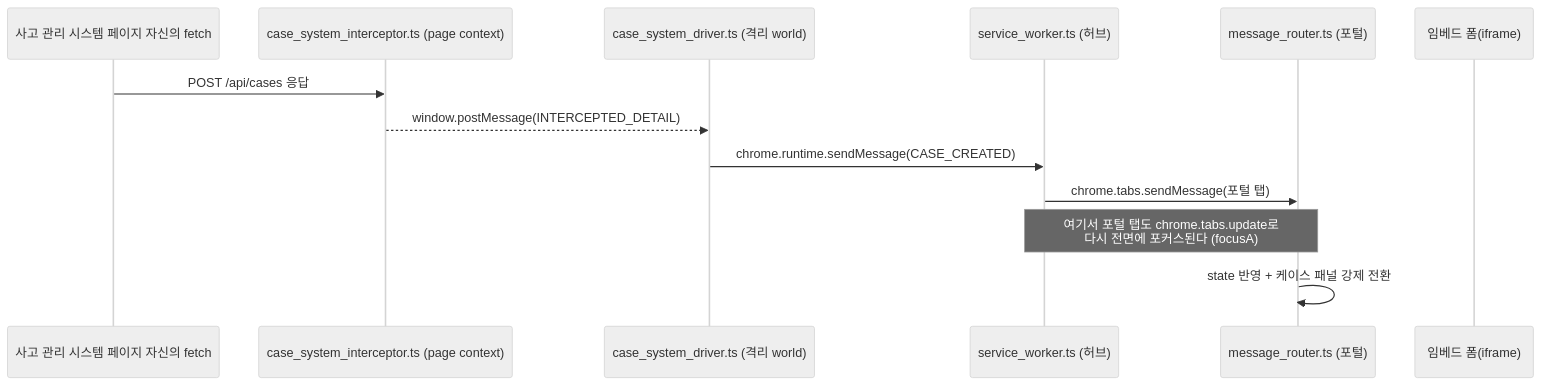
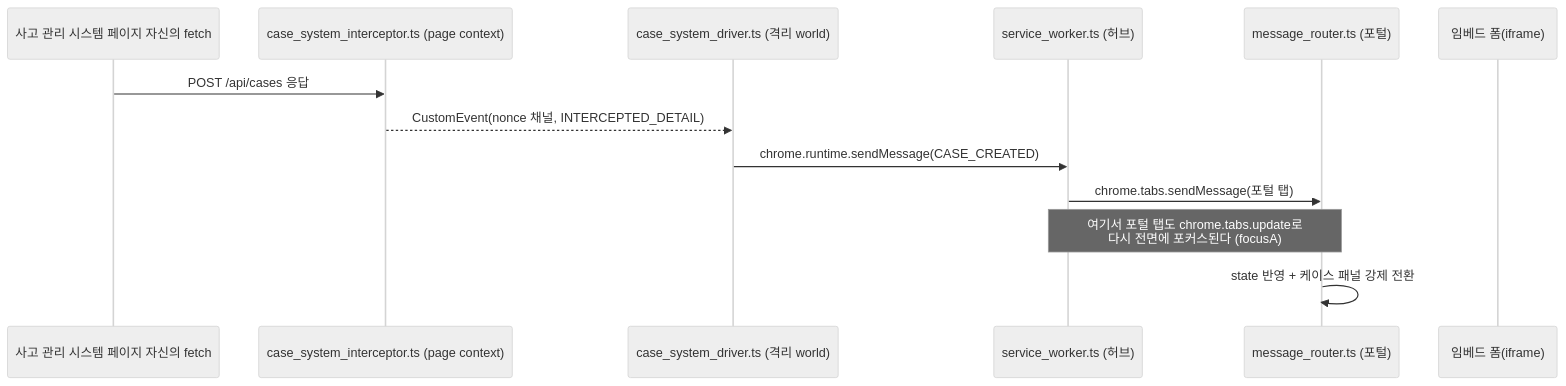
Before and after one commit to JY-maru/spog-sidebar: the first of 2 diagrams in docs/ARCHITECTURE.md, drawn with Mermaid (neutral theme). The commit also changed other lines of this file and 15 other files, not shown here.

````diff
--- a/docs/ARCHITECTURE.md
+++ b/docs/ARCHITECTURE.md
@@ -92,16 +93,16 @@
 ```mermaid
 sequenceDiagram
     participant Page as 사고 관리 시스템 페이지 자신의 fetch
     participant Inject as case_system_interceptor.ts (page context)
     participant Content as case_system_driver.ts (격리 world)
     participant BG as service_worker.ts (허브)
     participant Router as message_router.ts (포털)
     participant Iframe as 임베드 폼(iframe)
 
     Page->>Inject: POST /api/cases 응답
-    Inject-->>Content: window.postMessage(INTERCEPTED_DETAIL)
+    Inject-->>Content: CustomEvent(nonce 채널, INTERCEPTED_DETAIL)
     Content->>BG: chrome.runtime.sendMessage(CASE_CREATED)
     BG->>Router: chrome.tabs.sendMessage(포털 탭)
     Note over BG,Router: 여기서 포털 탭도 chrome.tabs.update로<br/>다시 전면에 포커스된다 (focusA)
     Router->>Router: state 반영 + 케이스 패널 강제 전환
 ```
````
